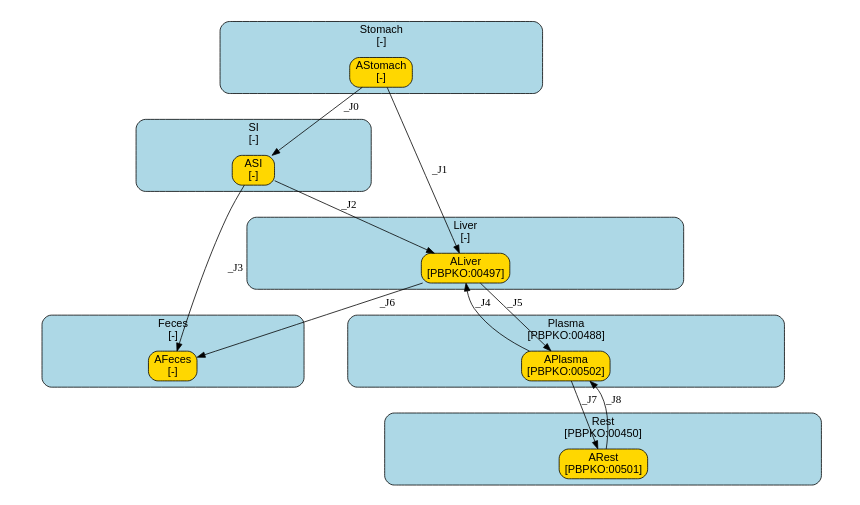
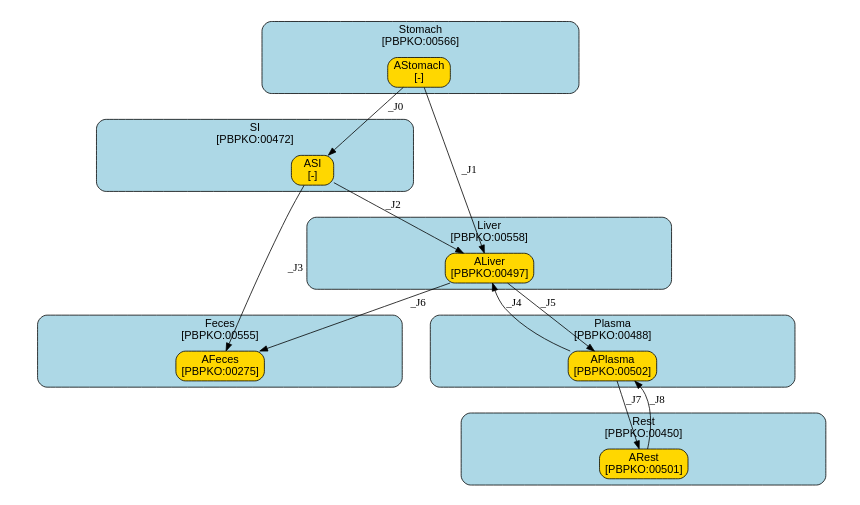
Before and after one commit to fair-pbk/exposure-route-pbk-models: the diagram in models/oral/PFAS/ChouLin/summary.dot, drawn with Graphviz. The commit also changed 79 other files, not shown here.

```diff
--- a/models/oral/PFAS/ChouLin/summary.dot
+++ b/models/oral/PFAS/ChouLin/summary.dot
@@ -1,123 +1,123 @@
 digraph {
 	graph [ratio=fill,
 		size="7,4"
 	];
 	node [fontname=Arial];
 	subgraph cluster_Stomach {
 		graph [color=black,
 			fillcolor=lightblue,
 			fontname=Arial,
 			href="#compartment-Stomach",
 			label="Stomach
-[-]",
+[PBPKO:00566]",
 			shape=box,
 			style="filled,rounded"
 		];
 		AStomach	[color=black,
 			fillcolor=gold,
 			href="#species-AStomach",
 			label="AStomach
 [-]",
 			shape=box,
 			style="filled,rounded"];
 	}
 	subgraph cluster_SI {
 		graph [color=black,
 			fillcolor=lightblue,
 			fontname=Arial,
 			href="#compartment-SI",
 			label="SI
-[-]",
+[PBPKO:00472]",
 			shape=box,
 			style="filled,rounded"
 		];
 		ASI	[color=black,
 			fillcolor=gold,
 			href="#species-ASI",
 			label="ASI
 [-]",
 			shape=box,
 			style="filled,rounded"];
 	}
 	subgraph cluster_Liver {
 		graph [color=black,
 			fillcolor=lightblue,
 			fontname=Arial,
 			href="#compartment-Liver",
 			label="Liver
-[-]",
+[PBPKO:00558]",
 			shape=box,
 			style="filled,rounded"
 		];
 		ALiver	[color=black,
 			fillcolor=gold,
 			href="#species-ALiver",
 			label="ALiver
 [PBPKO:00497]",
 			shape=box,
 			style="filled,rounded"];
 	}
 	subgraph cluster_Plasma {
 		graph [color=black,
 			fillcolor=lightblue,
 			fontname=Arial,
 			href="#compartment-Plasma",
 			label="Plasma
 [PBPKO:00488]",
 			shape=box,
 			style="filled,rounded"
 		];
 		APlasma	[color=black,
 			fillcolor=gold,
 			href="#species-APlasma",
 			label="APlasma
 [PBPKO:00502]",
 			shape=box,
 			style="filled,rounded"];
 	}
 	subgraph cluster_Rest {
 		graph [color=black,
 			fillcolor=lightblue,
 			fontname=Arial,
 			href="#compartment-Rest",
 			label="Rest
 [PBPKO:00450]",
 			shape=box,
 			style="filled,rounded"
 		];
 		ARest	[color=black,
 			fillcolor=gold,
 			href="#species-ARest",
 			label="ARest
 [PBPKO:00501]",
 			shape=box,
 			style="filled,rounded"];
 	}
 	subgraph cluster_Feces {
 		graph [color=black,
 			fillcolor=lightblue,
 			fontname=Arial,
 			href="#compartment-Feces",
 			label="Feces
-[-]",
+[PBPKO:00555]",
 			shape=box,
 			style="filled,rounded"
 		];
 		AFeces	[color=black,
 			fillcolor=gold,
 			href="#species-AFeces",
 			label="AFeces
-[-]",
+[PBPKO:00275]",
 			shape=box,
 			style="filled,rounded"];
 	}
 	AStomach -> ASI	[label=_J0];
 	AStomach -> ALiver	[label=_J1];
 	ASI -> ALiver	[label=_J2];
 	ASI -> AFeces	[label=_J3];
 	ALiver -> APlasma	[label=_J5];
 	ALiver -> AFeces	[label=_J6];
 	APlasma -> ALiver	[label=_J4];
 	APlasma -> ARest	[label=_J7];
 	ARest -> APlasma	[label=_J8];
 }
```
